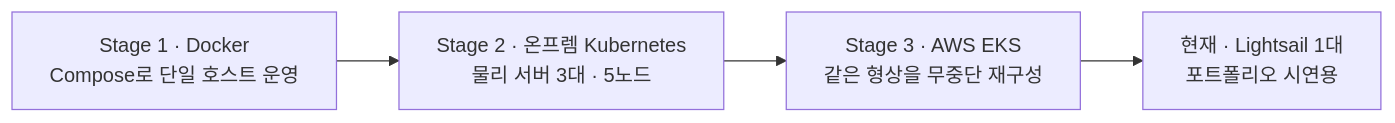
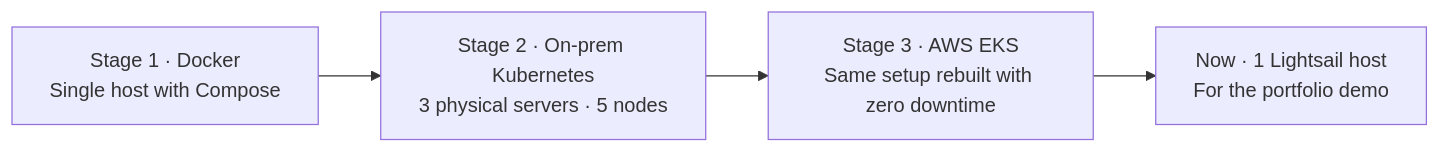
Before and after one commit to Taylor5132/food-budget-app: the diagram in README.md, drawn with Mermaid. The commit also changed other lines of this file, not shown here.

````diff
--- a/README.md
+++ b/README.md
@@ -40,6 +40,6 @@
 ```mermaid
 flowchart LR
-  S1["Stage 1 · Docker<br/>Compose로 단일 호스트 운영"] --> S2["Stage 2 · 온프렘 Kubernetes<br/>물리 서버 3대 · 5노드"]
-  S2 --> S3["Stage 3 · AWS EKS<br/>같은 형상을 무중단 재구성"]
-  S3 --> NOW["현재 · Lightsail 1대<br/>포트폴리오 시연용"]
+  S1["Stage 1 · Docker<br/>Single host with Compose"] --> S2["Stage 2 · On-prem Kubernetes<br/>3 physical servers · 5 nodes"]
+  S2 --> S3["Stage 3 · AWS EKS<br/>Same setup rebuilt with zero downtime"]
+  S3 --> NOW["Now · 1 Lightsail host<br/>For the portfolio demo"]
 ```
````
